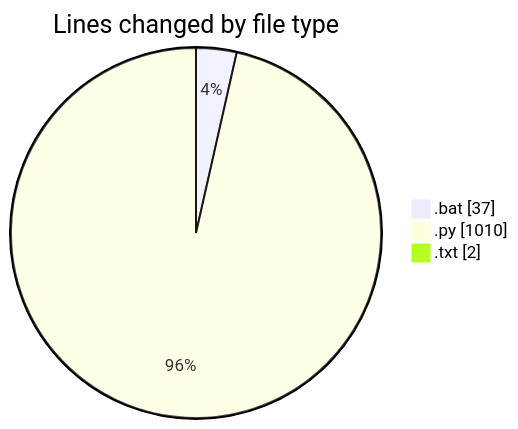
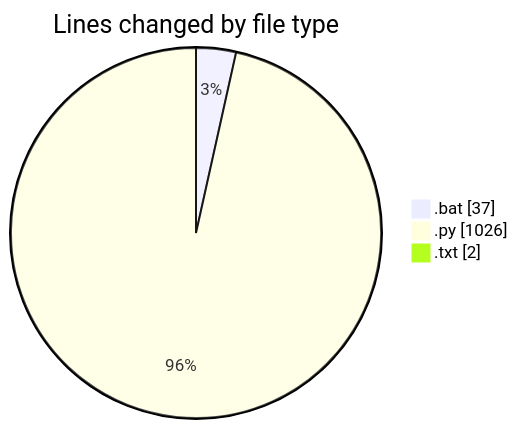
The first of 2 diagrams in 2025-07-04/cursor/README.md (FelipKnott/code-tracking), drawn with Mermaid before and after one commit. The commit also changed other lines of this file and 1 other file, not shown here.

````diff
--- a/2025-07-04/cursor/README.md
+++ b/2025-07-04/cursor/README.md
@@ -35,7 +35,7 @@
 ```mermaid
 pie showData
 title Lines changed by file type
 ".bat" : 37
-".py" : 1010
+".py" : 1026
 ".txt" : 2
 ```
````
